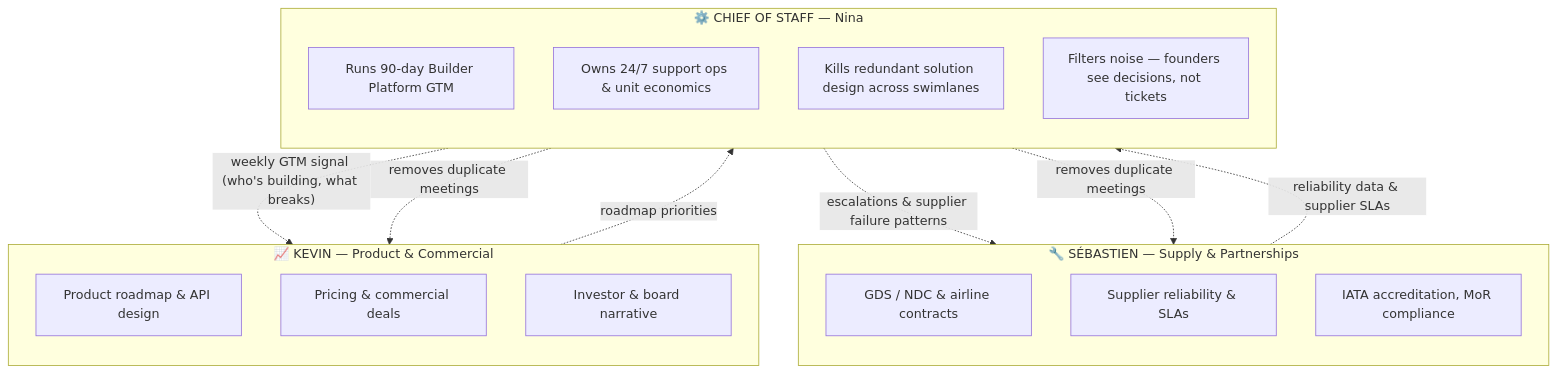
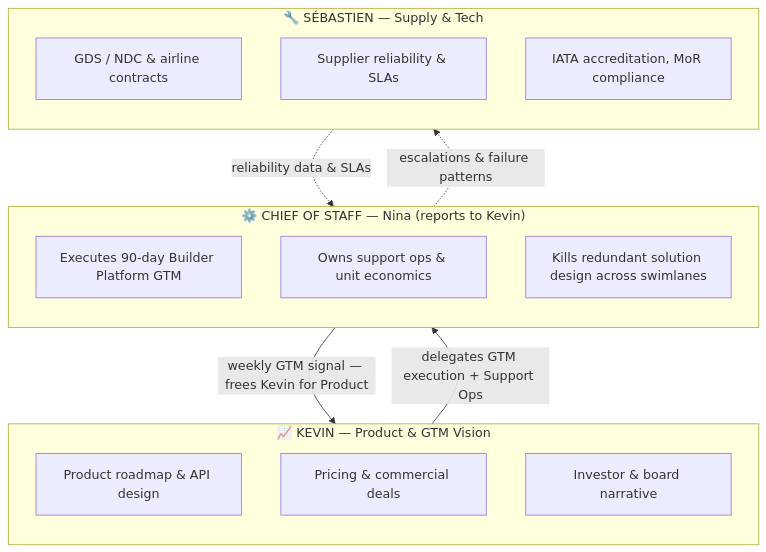
The first of 2 diagrams in CASE_STUDY.md (ninataba/jinko-cos), drawn with Mermaid before and after one commit. The commit also changed other lines of this file and 1 other file, not shown here.

First line of the commit message:
Revise 90-day plan per founder feedback (v2)

````diff
--- a/CASE_STUDY.md
+++ b/CASE_STUDY.md
@@ -16,31 +18,28 @@
 ```mermaid
 flowchart TB
-    subgraph SEB["🔧 SÉBASTIEN — Supply & Partnerships"]
+    subgraph KEV["📈 KEVIN — Product & GTM Vision"]
+        direction TB
+        K1["Product roadmap & API design"]
+        K2["Pricing & commercial deals"]
+        K3["Investor & board narrative"]
+    end
+
+    subgraph COS["⚙️ CHIEF OF STAFF — Nina (reports to Kevin)"]
+        direction TB
+        C1["Executes 90-day Builder Platform GTM"]
+        C2["Owns support ops & unit economics"]
+        C3["Kills redundant solution design across swimlanes"]
+    end
+
+    subgraph SEB["🔧 SÉBASTIEN — Supply & Tech"]
         direction TB
         S1["GDS / NDC & airline contracts"]
         S2["Supplier reliability & SLAs"]
         S3["IATA accreditation, MoR compliance"]
     end
 
-    subgraph KEV["📈 KEVIN — Product & Commercial"]
-        direction TB
-        K1["Product roadmap & API design"]
-        K2["Pricing & commercial deals"]
-        K3["Investor & board narrative"]
-    end
-
-    subgraph COS["⚙️ CHIEF OF STAFF — Nina"]
-        direction TB
-        C1["Runs 90-day Builder Platform GTM"]
-        C2["Owns 24/7 support ops & unit economics"]
-        C3["Kills redundant solution design across swimlanes"]
-        C4["Filters noise — founders see decisions, not tickets"]
-    end
-
-    S2 -. "reliability data & supplier SLAs" .-> C2
-    K1 -. "roadmap priorities" .-> C1
-    C1 -. "weekly GTM signal (who's building, what breaks)" .-> KEV
-    C2 -. "escalations & supplier failure patterns" .-> SEB
-    C3 -. "removes duplicate meetings" .-> SEB
-    C3 -. "removes duplicate meetings" .-> KEV
+    KEV -- "delegates GTM execution + Support Ops" --> COS
+    COS -- "weekly GTM signal — frees Kevin for Product" --> KEV
+    S2 -. "reliability data & SLAs" .-> COS
+    COS -. "escalations & failure patterns" .-> SEB
 ```
````
